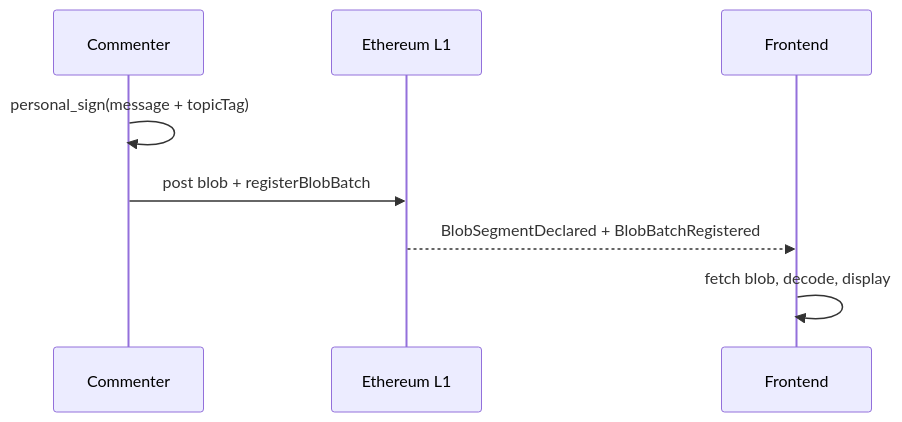
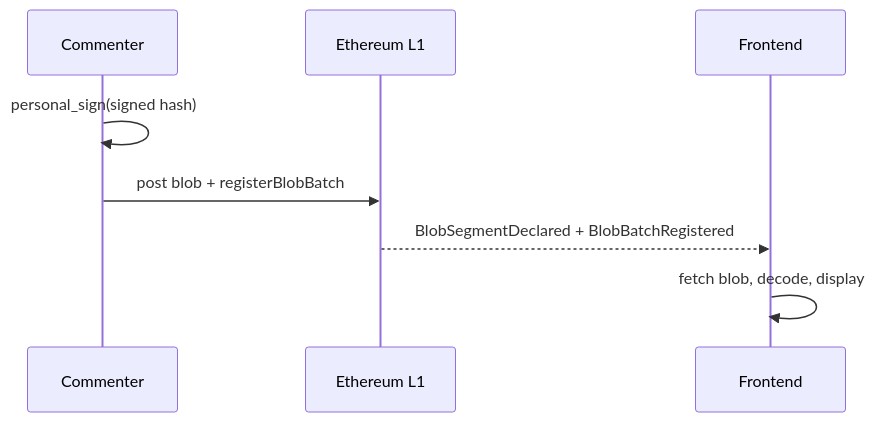
Before and after one commit to defi-wonderland/bam: the third of 3 diagrams in docs/design/comment-section.md, drawn with Mermaid. The commit also changed other lines of this file, not shown here.

First line of the commit message:
docs: unify contentTag naming, add terminology block, refine Prerequisite #5

````diff
--- a/docs/design/comment-section.md
+++ b/docs/design/comment-section.md
@@ -47,11 +52,11 @@
 ```mermaid
 sequenceDiagram
     participant C as Commenter
     participant L1 as Ethereum L1
     participant F as Frontend
 
-    C->>C: personal_sign(message + topicTag)
+    C->>C: personal_sign(signed hash)
     C->>L1: post blob + registerBlobBatch
     L1-->>F: BlobSegmentDeclared + BlobBatchRegistered
     F->>F: fetch blob, decode, display
 ```
````
